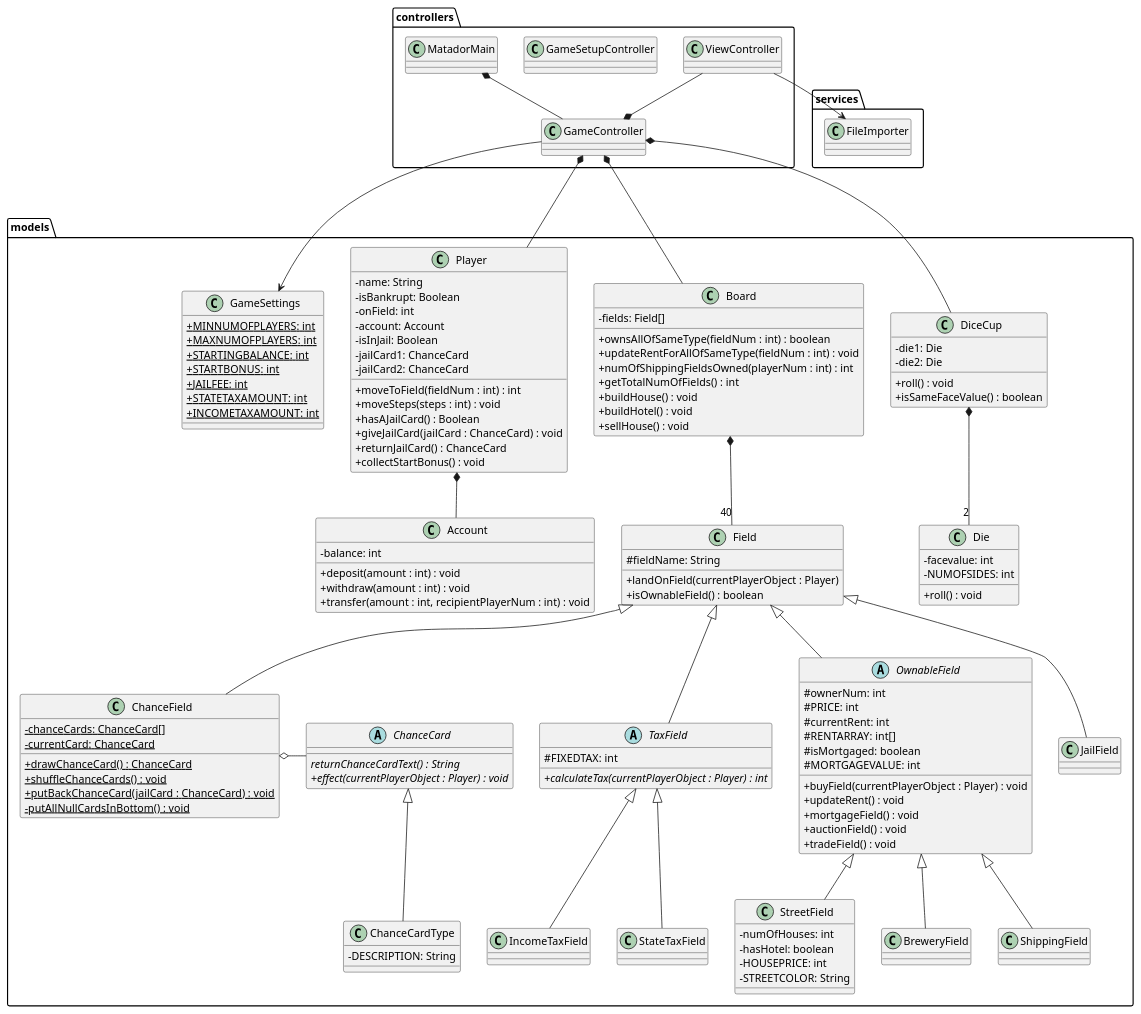
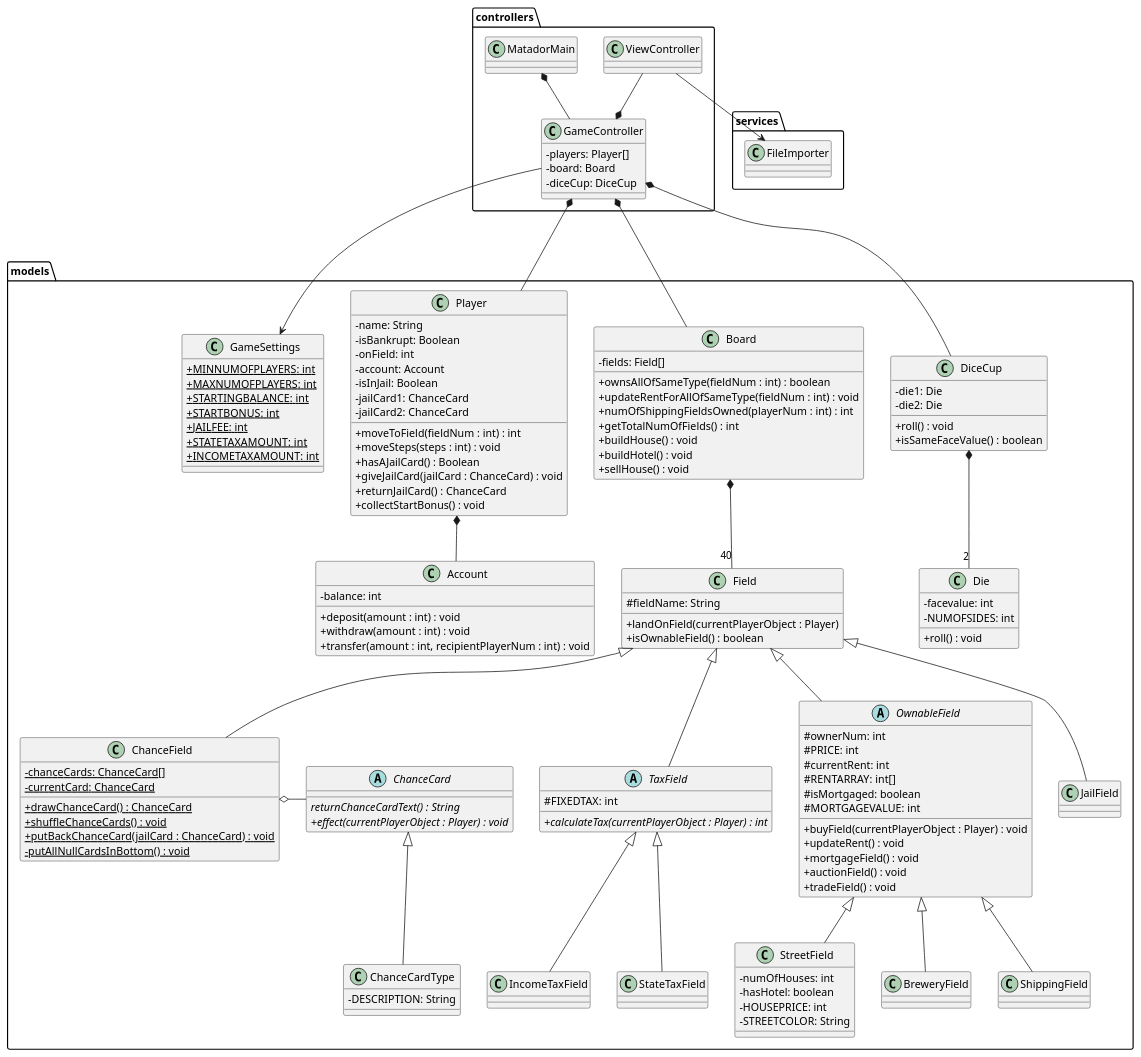
One commit to GabeKierk889/gruppe-18 changed the diagram in 18_final/UML/DesignClassDiagram.puml. Above: the diagram before and after it, drawn with PlantUML. The commit also changed 3 other files, not shown here.

Commit message:
Started work on DesignSequenceDiagram and also updated DesignClassDiagram

```diff
--- a/18_final/UML/DesignClassDiagram.puml
+++ b/18_final/UML/DesignClassDiagram.puml
@@ -1,197 +1,199 @@
 @startuml
 'https://plantuml.com/class-diagram
 skinparam classAttributeIconSize 0
 
 package services {
 
 class FileImporter {
 
 }
 
 }
 
 package controllers {
 
 class MatadorMain {
 
 }
 
 class GameController {
-
+    -players: Player[]
+    -board: Board
+    -diceCup: DiceCup
 }
 
-class GameSetupController {
-
-}
+'class GameSetupController {
+'
+'}
 
 class ViewController {
 
 }
 
 }
 
 package models {
 
 class GameSettings {
     {static}+MINNUMOFPLAYERS: int
     {static}+MAXNUMOFPLAYERS: int
     {static}+STARTINGBALANCE: int
     {static}+STARTBONUS: int
     {static}+JAILFEE: int
     {static}+STATETAXAMOUNT: int
     {static}+INCOMETAXAMOUNT: int
 }
 
 class Player {
     -name: String
     -isBankrupt: Boolean
     -onField: int
     -account: Account
     -isInJail: Boolean
     -jailCard1: ChanceCard
     -jailCard2: ChanceCard
 
     +moveToField(fieldNum : int) : int
     +moveSteps(steps : int) : void
     +hasAJailCard() : Boolean
     +giveJailCard(jailCard : ChanceCard) : void
     +returnJailCard() : ChanceCard
     +collectStartBonus() : void
 }
 
 class Board {
     -fields: Field[]
 
     +ownsAllOfSameType(fieldNum : int) : boolean
     +updateRentForAllOfSameType(fieldNum : int) : void
     +numOfShippingFieldsOwned(playerNum : int) : int
     +getTotalNumOfFields() : int
     +buildHouse() : void
     +buildHotel() : void
     +sellHouse() : void
 }
 
 class Field {
     #fieldName: String
 
     +landOnField(currentPlayerObject : Player)
     +isOwnableField() : boolean
 }
 
 class Account {
     -balance: int
 
     +deposit(amount : int) : void
     +withdraw(amount : int) : void
     +transfer(amount : int, recipientPlayerNum : int) : void
 }
 
 class DiceCup {
     -die1: Die
     -die2: Die
 
     +roll() : void
     +isSameFaceValue() : boolean
 }
 
 class Die {
     -facevalue: int
     -NUMOFSIDES: int
 
     +roll() : void
 }
 
 class ChanceCardType {
     -DESCRIPTION: String
 }
 
 abstract class ChanceCard {
     {abstract}returnChanceCardText() : String
     {abstract}+effect(currentPlayerObject : Player) : void
 }
 
 abstract class OwnableField {
         #ownerNum: int
         #PRICE: int
         #currentRent: int
         #RENTARRAY: int[]
         #isMortgaged: boolean
         #MORTGAGEVALUE: int
 
         +buyField(currentPlayerObject : Player) : void
         +updateRent() : void
         +mortgageField() : void
         +auctionField() : void
         +tradeField() : void
 }
 
 class StreetField {
     -numOfHouses: int
     -hasHotel: boolean
     -HOUSEPRICE: int
     -STREETCOLOR: String
 
 }
 
 class BreweryField {
 
 }
 
 class ShippingField {
 
 }
 
 class ChanceField {
     {static}-chanceCards: ChanceCard[]
     {static}-currentCard: ChanceCard
 
     {static}+drawChanceCard() : ChanceCard
     {static}+shuffleChanceCards() : void
     {static}+putBackChanceCard(jailCard : ChanceCard) : void
     {static}-putAllNullCardsInBottom() : void
 }
 
 class JailField {
 
 }
 
 abstract class TaxField {
     #FIXEDTAX: int
 
     {abstract}+calculateTax(currentPlayerObject : Player) : int
 }
 
 class StateTaxField {
 
 }
 
 class IncomeTaxField {
 
 }
 
 }
 
 MatadorMain *-- GameController
 ViewController --> FileImporter
 ViewController --* GameController
 GameController --> GameSettings
 GameController *--- Board
 GameController *--- DiceCup
 GameController *--- Player
 Player *-- Account
 Board *-- "40" Field
 OwnableField <|-- StreetField
 Field <|-- ChanceField
 Field <|-- JailField
 ChanceField o- ChanceCard
 ChanceCard <|-- ChanceCardType
 DiceCup *-- "2" Die
 Field <|-- OwnableField
 OwnableField <|-- BreweryField
 OwnableField <|-- ShippingField
 Field <|-- TaxField
 TaxField <|-- StateTaxField
 TaxField <|-- IncomeTaxField
 
 
 @enduml
```
